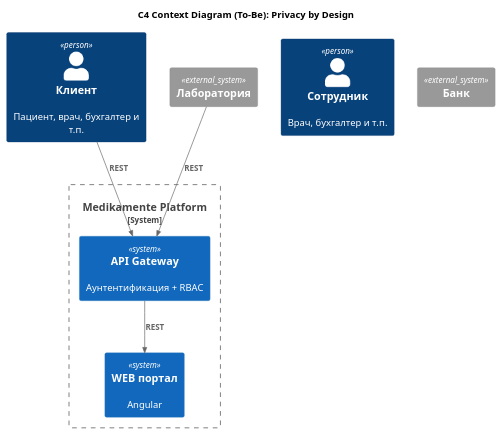
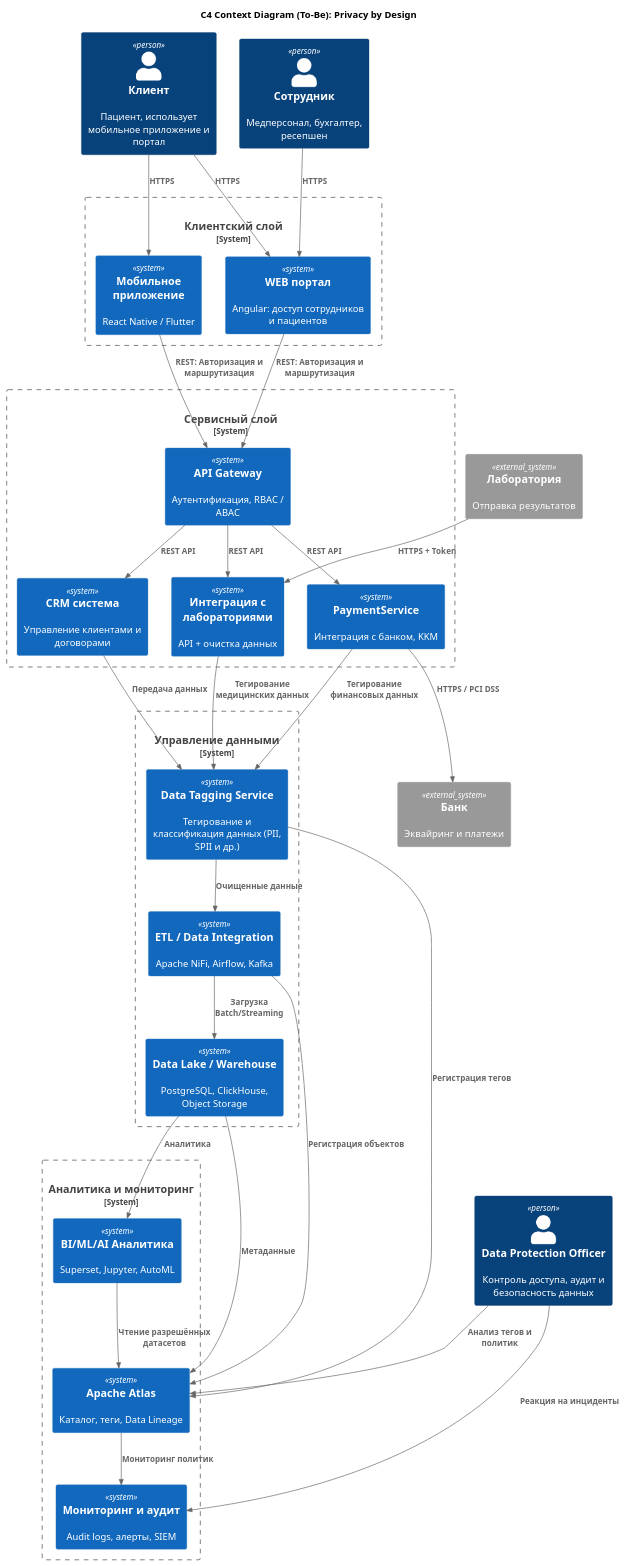
The diagram in Task2/DFD_c4_context_to_be.puml (laksan1/architecture-sprint-10), drawn with PlantUML before and after one commit. The commit also changed 2 other files, not shown here.

```diff
--- a/Task2/DFD_c4_context_to_be.puml
+++ b/Task2/DFD_c4_context_to_be.puml
@@ -1,28 +1,75 @@
 @startuml
-title C4 Context Diagram (To-Be): Privacy by Design
-
 !includeurl https://raw.githubusercontent.com/plantuml-stdlib/C4-PlantUML/master/C4_Context.puml
 
 LAYOUT_TOP_DOWN()
+title C4 Context Diagram (To-Be): Privacy by Design
 
-' Определение пользователей
-Person(client, "Клиент", "Пациент, врач, бухгалтер и т.п.")
-Person(employee, "Сотрудник", "Врач, бухгалтер и т.п.")
+' Пользователи
+Person(client, "Клиент", "Пациент, использует мобильное приложение и портал")
+Person(employee, "Сотрудник", "Медперсонал, бухгалтер, ресепшен")
+Person(dpo, "Data Protection Officer", "Контроль доступа, аудит и безопасность данных")
 
-System_Boundary(system, "Medikamente Platform") {
-
-  System(apiGateway, "API Gateway", "Аунтентификация + RBAC")
-
-  System(webPortal, "WEB портал", "Angular")
-
+' Клиентский слой
+System_Boundary(clientLayer, "Клиентский слой", #87CEFA) {
+  System(webPortal, "WEB портал", "Angular: доступ сотрудников и пациентов")
+  System(mobileApp, "Мобильное приложение", "React Native / Flutter")
 }
 
+' Сервисный слой
+System_Boundary(serviceLayer, "Сервисный слой", #B0C4DE) {
+  System(apiGateway, "API Gateway", "Аутентификация, RBAC / ABAC")
+  System(crm, "CRM система", "Управление клиентами и договорами")
+  System(paymentService, "PaymentService", "Интеграция с банком, KKM")
+  System(labIntegration, "Интеграция с лабораториями", "API + очистка данных")
+}
 
-System_Ext(laboratory, "Лаборатория")
-System_Ext(bank, "Банк")
+' Управление данными
+System_Boundary(dataLayer, "Управление данными", #00BFFF) {
+  System(dataTagging, "Data Tagging Service", "Тегирование и классификация данных (PII, SPII и др.)")
+  System(etlPlatform, "ETL / Data Integration", "Apache NiFi, Airflow, Kafka")
+  System(dataLake, "Data Lake / Warehouse", "PostgreSQL, ClickHouse, Object Storage")
+}
 
-Rel(client, apiGateway, "REST")
-Rel(apiGateway, webPortal, "REST")
-Rel(laboratory, apiGateway, "REST")
+' Аналитика и мониторинг
+System_Boundary(analyticsLayer, "Аналитика и мониторинг", #4682B4) {
+  System(analytics, "BI/ML/AI Аналитика", "Superset, Jupyter, AutoML")
+  System(dataCatalog, "Apache Atlas", "Каталог, теги, Data Lineage")
+  System(monitoring, "Мониторинг и аудит", "Audit logs, алерты, SIEM")
+}
+
+' Внешние системы
+System_Ext(bank, "Банк", "Эквайринг и платежи")
+System_Ext(laboratory, "Лаборатория", "Отправка результатов")
+
+' Связи пользователей
+Rel(client, webPortal, "HTTPS")
+Rel(client, mobileApp, "HTTPS")
+Rel(employee, webPortal, "HTTPS")
+Rel(dpo, dataCatalog, "Анализ тегов и политик")
+Rel(dpo, monitoring, "Реакция на инциденты")
+
+' Основные потоки данных и вызовы API
+Rel(webPortal, apiGateway, "REST: Авторизация и маршрутизация")
+Rel(mobileApp, apiGateway, "REST: Авторизация и маршрутизация")
+Rel(apiGateway, crm, "REST API")
+Rel(apiGateway, paymentService, "REST API")
+Rel(apiGateway, labIntegration, "REST API")
+
+Rel(crm, dataTagging, "Передача данных")
+Rel(paymentService, dataTagging, "Тегирование финансовых данных")
+Rel(labIntegration, dataTagging, "Тегирование медицинских данных")
+
+Rel(dataTagging, etlPlatform, "Очищенные данные")
+Rel(etlPlatform, dataLake, "Загрузка Batch/Streaming")
+Rel(dataLake, analytics, "Аналитика")
+
+Rel(dataTagging, dataCatalog, "Регистрация тегов")
+Rel(etlPlatform, dataCatalog, "Регистрация объектов")
+Rel(dataLake, dataCatalog, "Метаданные")
+Rel(analytics, dataCatalog, "Чтение разрешённых датасетов")
+Rel(dataCatalog, monitoring, "Мониторинг политик")
+
+Rel(paymentService, bank, "HTTPS / PCI DSS")
+Rel(laboratory, labIntegration, "HTTPS + Token")
 
 @enduml
```
